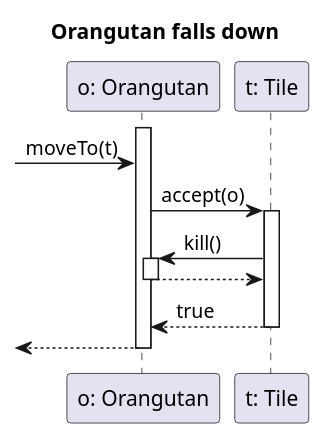
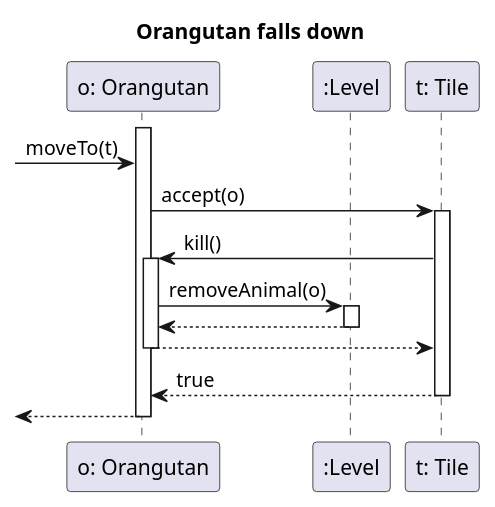
One commit to bokovhu/software-project-laboratory-assignment changed the diagram in diagrams/skeleton_usecases/SequenceDiagram_UseCases_OrangutanFallsDown.puml. Above: the diagram before and after it, drawn with PlantUML. The commit also changed 6 other files, not shown here.

Commit message:
diagramok

```diff
--- a/diagrams/skeleton_usecases/SequenceDiagram_UseCases_OrangutanFallsDown.puml
+++ b/diagrams/skeleton_usecases/SequenceDiagram_UseCases_OrangutanFallsDown.puml
@@ -1,21 +1,25 @@
 @startuml
 
 skinparam classAttributeIconSize 0
 skinparam guillemet false
 
 participant "o: Orangutan" as o
+participant ":Level" as l
 participant "t: Tile" as t
+
 
 title Orangutan falls down
 activate o
 [-> o : moveTo(t)
 
 o->t ++: accept(o)
 t ->o ++: kill()
+o->l ++: removeAnimal(o)
+l-->o --
 o --> t --
 t --> o --: true
 [<--o
 
 
 deactivate o
 @enduml
```
